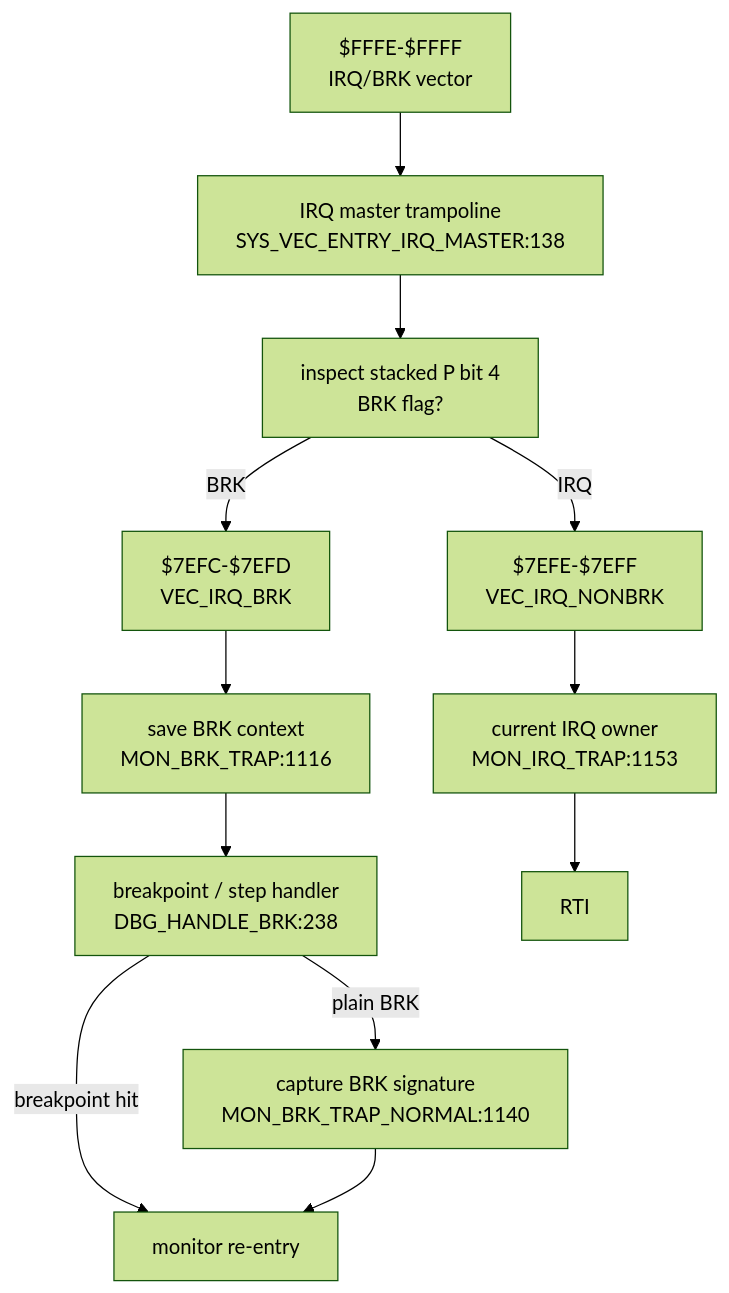
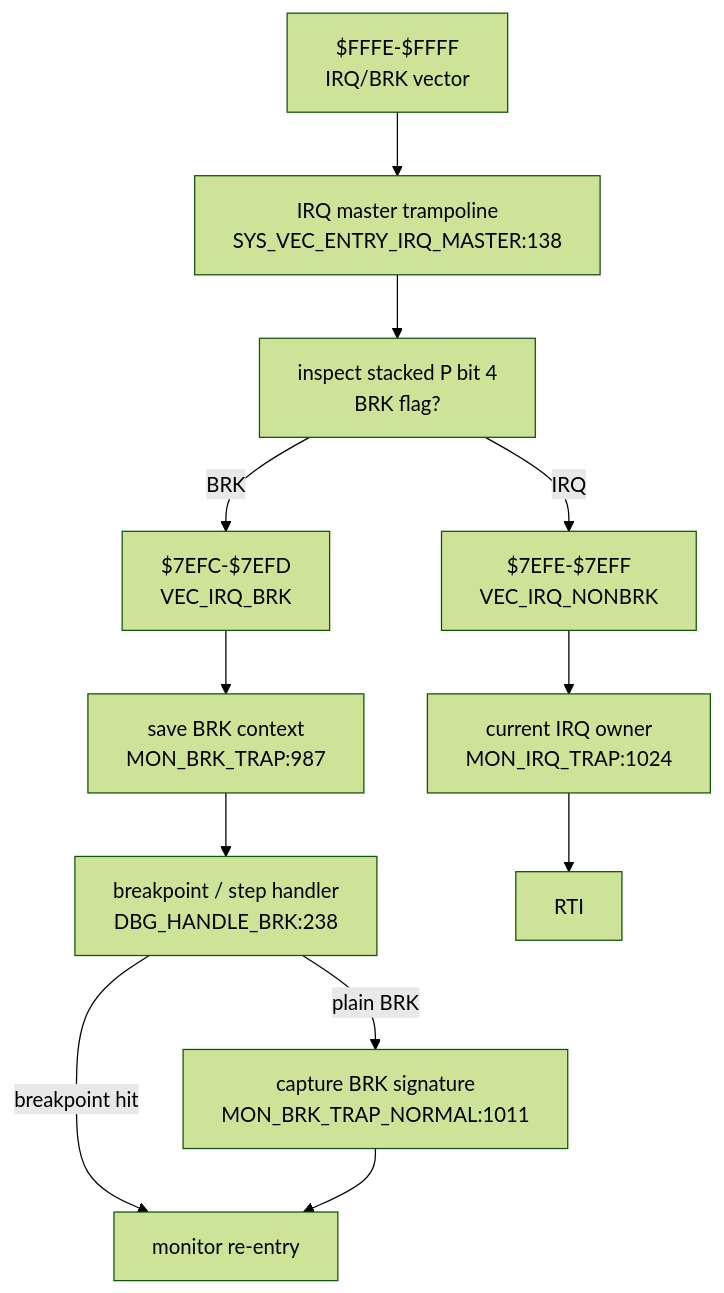
Before and after one commit to 95westus/R-YORS: the fifth of 6 diagrams in DOC/GENERATED/INTERRUPT_VECTOR_MAP.md, drawn with Mermaid (forest theme). The commit also changed other lines of this file and 65 other files, not shown here.

````diff
--- a/DOC/GENERATED/INTERRUPT_VECTOR_MAP.md
+++ b/DOC/GENERATED/INTERRUPT_VECTOR_MAP.md
@@ -75,14 +75,14 @@
 ```mermaid
 flowchart TD
     IRQV["$FFFE-$FFFF<br/>IRQ/BRK vector"] --> IRQMASTER["IRQ master trampoline<br/>SYS_VEC_ENTRY_IRQ_MASTER:138"]
     IRQMASTER --> SPLIT["inspect stacked P bit 4<br/>BRK flag?"]
     SPLIT -->|BRK| VECBRK["$7EFC-$7EFD<br/>VEC_IRQ_BRK"]
     SPLIT -->|IRQ| VECIRQ["$7EFE-$7EFF<br/>VEC_IRQ_NONBRK"]
-    VECBRK --> BRKTRAP["save BRK context<br/>MON_BRK_TRAP:1116"]
+    VECBRK --> BRKTRAP["save BRK context<br/>MON_BRK_TRAP:987"]
     BRKTRAP --> DBGBRK["breakpoint / step handler<br/>DBG_HANDLE_BRK:238"]
     DBGBRK -->|breakpoint hit| REENTER["monitor re-entry"]
-    DBGBRK -->|plain BRK| BRKNORMAL["capture BRK signature<br/>MON_BRK_TRAP_NORMAL:1140"]
+    DBGBRK -->|plain BRK| BRKNORMAL["capture BRK signature<br/>MON_BRK_TRAP_NORMAL:1011"]
     BRKNORMAL --> REENTER
-    VECIRQ --> IRQTRAP["current IRQ owner<br/>MON_IRQ_TRAP:1153"]
+    VECIRQ --> IRQTRAP["current IRQ owner<br/>MON_IRQ_TRAP:1024"]
     IRQTRAP --> RTIIRQ["RTI"]
 ```
````
